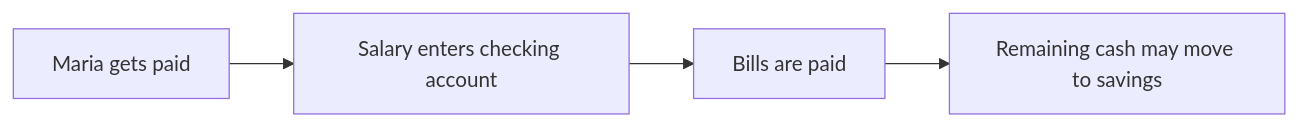
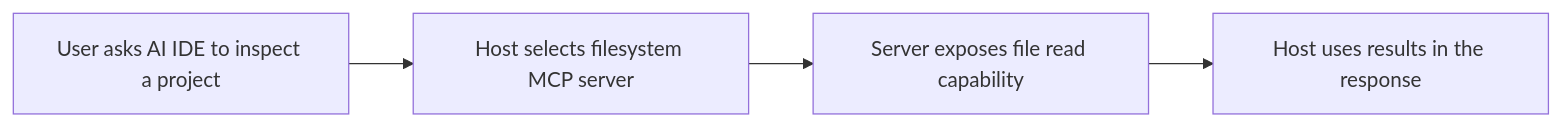
The first of 3 diagrams in docs/03-training-and-inference.md (akhilmakol/how-mcp-works), drawn with Mermaid before and after one commit. The commit also changed other lines of this file and 9 other files, not shown here.

````diff
--- a/docs/03-training-and-inference.md
+++ b/docs/03-training-and-inference.md
@@ -16,6 +16,6 @@
 ```mermaid
 flowchart LR
-    A["Maria gets paid"] --> B["Salary enters checking account"]
-    B --> C["Bills are paid"]
-    C --> D["Remaining cash may move to savings"]
+    A["User asks AI IDE to inspect a project"] --> B["Host selects filesystem MCP server"]
+    B --> C["Server exposes file read capability"]
+    C --> D["Host uses results in the response"]
 ```
````
